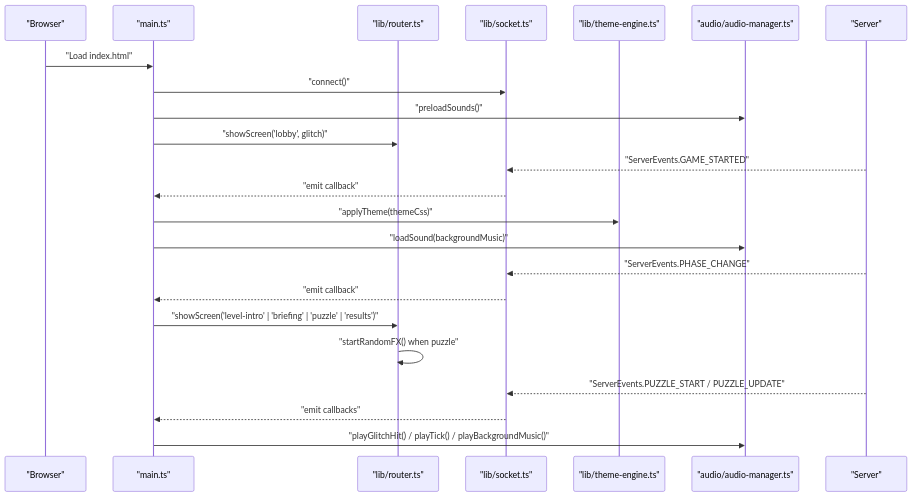
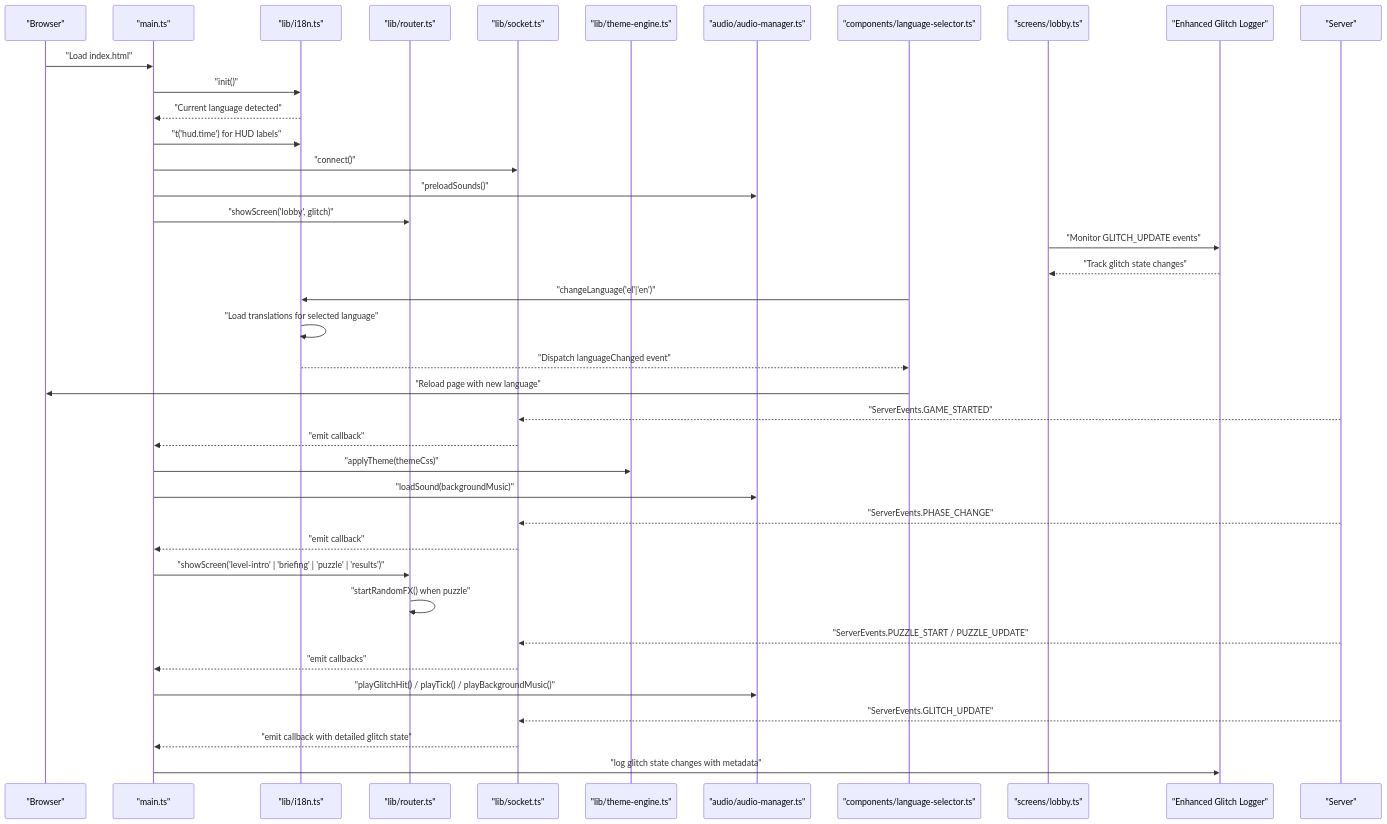
Before and after one commit to dkoukoul/escape-room-mvp: the second of 21 diagrams in .qoder/repowiki/en/content/Client Application/Client Application.md, drawn with Mermaid. The commit also changed other lines of this file and 21 other files, not shown here.

````diff
--- a/.qoder/repowiki/en/content/Client Application/Client Application.md
+++ b/.qoder/repowiki/en/content/Client Application/Client Application.md
@@ -132,25 +192,41 @@
 ```mermaid
 sequenceDiagram
 participant Browser as "Browser"
 participant Main as "main.ts"
+participant I18n as "lib/i18n.ts"
 participant Router as "lib/router.ts"
 participant Socket as "lib/socket.ts"
 participant Theme as "lib/theme-engine.ts"
 participant Audio as "audio/audio-manager.ts"
+participant LangSel as "components/language-selector.ts"
+participant Lobby as "screens/lobby.ts"
+participant GlitchLogger as "Enhanced Glitch Logger"
 participant Server as "Server"
 Browser->>Main : "Load index.html"
+Main->>I18n : "init()"
+I18n-->>Main : "Current language detected"
+Main->>I18n : "t('hud.time') for HUD labels"
 Main->>Socket : "connect()"
 Main->>Audio : "preloadSounds()"
 Main->>Router : "showScreen('lobby', glitch)"
+Lobby->>GlitchLogger : "Monitor GLITCH_UPDATE events"
+GlitchLogger-->>Lobby : "Track glitch state changes"
+LangSel->>I18n : "changeLanguage('el'|'en')"
+I18n->>I18n : "Load translations for selected language"
+I18n-->>LangSel : "Dispatch languageChanged event"
+LangSel->>Browser : "Reload page with new language"
 Server-->>Socket : "ServerEvents.GAME_STARTED"
 Socket-->>Main : "emit callback"
 Main->>Theme : "applyTheme(themeCss)"
 Main->>Audio : "loadSound(backgroundMusic)"
 Server-->>Socket : "ServerEvents.PHASE_CHANGE"
 Socket-->>Main : "emit callback"
 Main->>Router : "showScreen('level-intro' | 'briefing' | 'puzzle' | 'results')"
 Router->>Router : "startRandomFX() when puzzle"
 Server-->>Socket : "ServerEvents.PUZZLE_START / PUZZLE_UPDATE"
 Socket-->>Main : "emit callbacks"
 Main->>Audio : "playGlitchHit() / playTick() / playBackgroundMusic()"
+Server-->>Socket : "ServerEvents.GLITCH_UPDATE"
+Socket-->>Main : "emit callback with detailed glitch state"
+Main->>GlitchLogger : "log glitch state changes with metadata"
 ```
````
